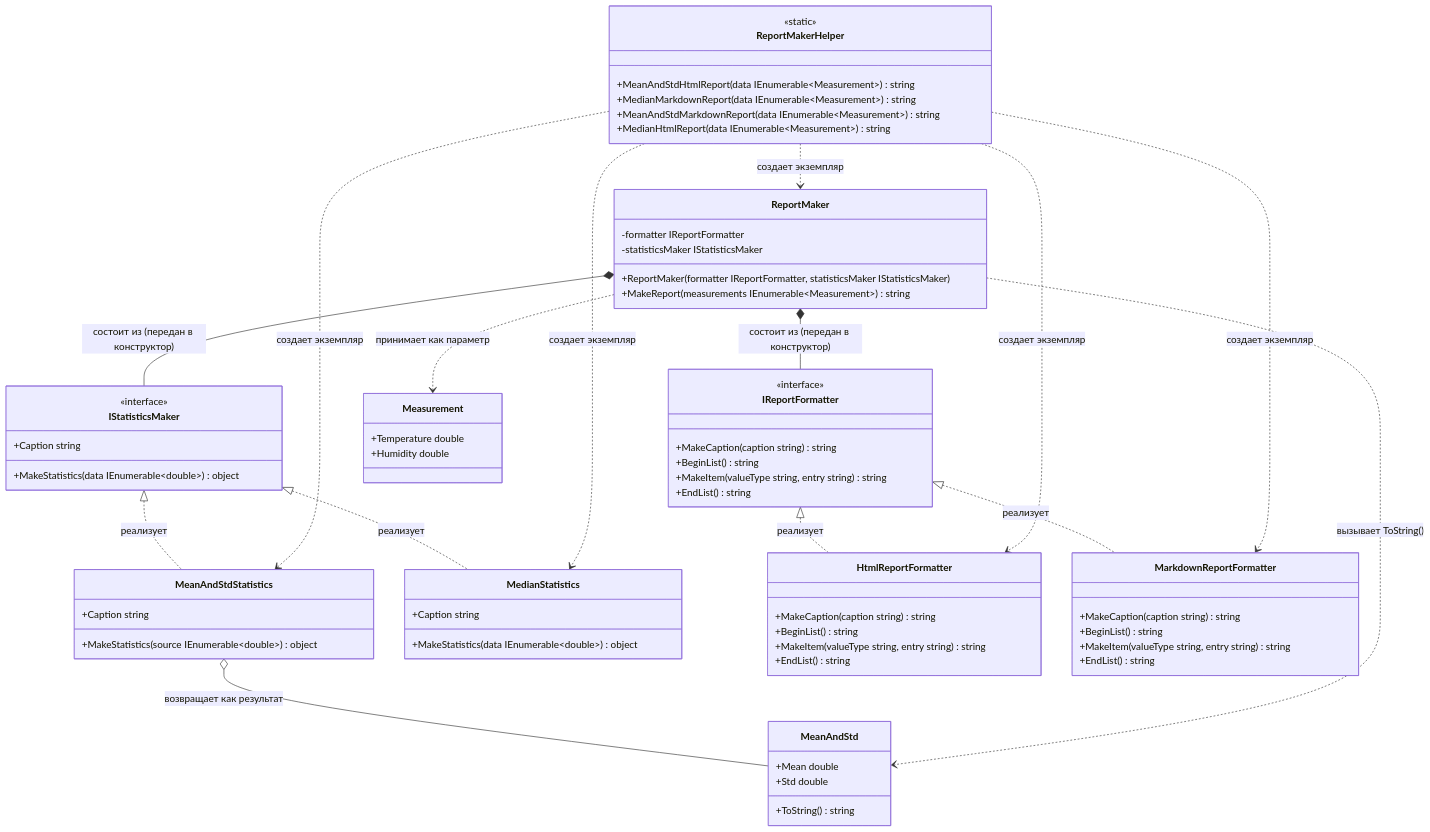
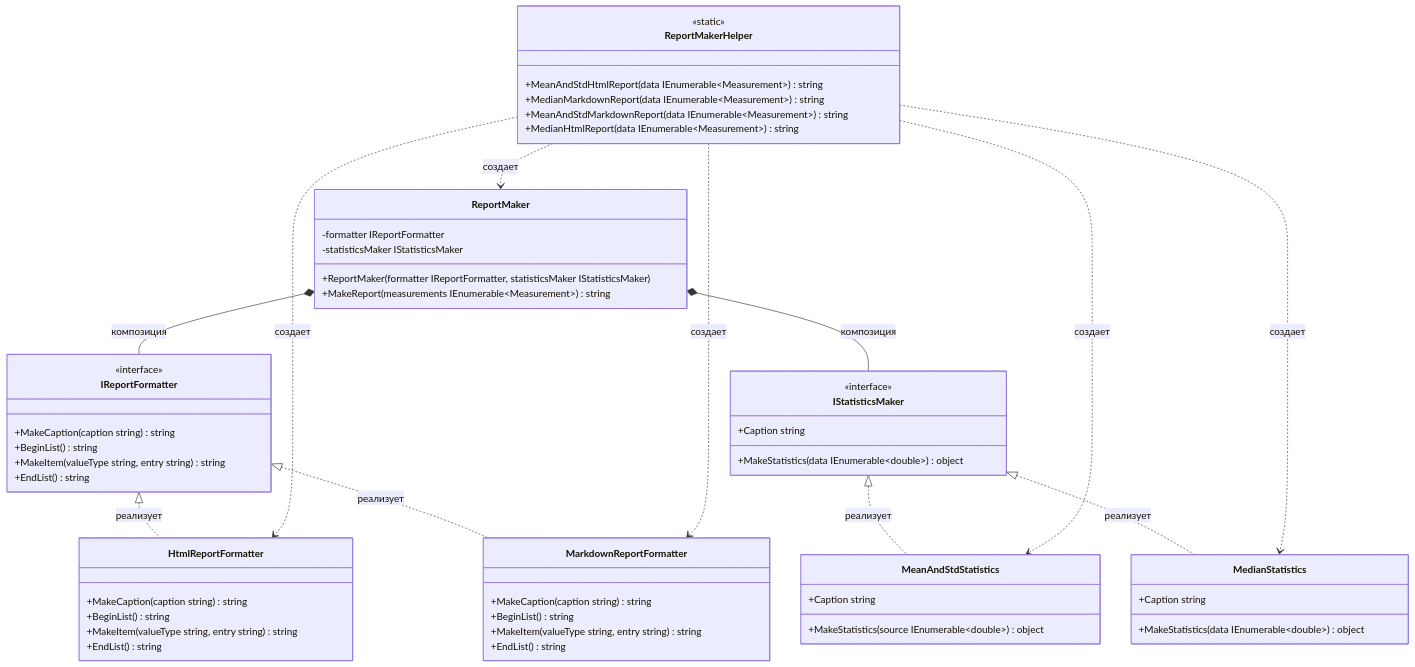
One commit to AnfisaAvdeeva/practice_ulearn_2026 changed the diagram in report_generator.md. Above: the diagram before and after it, drawn with Mermaid. The commit also changed other lines of this file, not shown here.

````diff
--- a/report_generator.md
+++ b/report_generator.md
@@ -73,17 +69,6 @@
         +MakeReport(measurements IEnumerable~Measurement~) string
     }
 
-    class Measurement {
-        +Temperature double
-        +Humidity double
-    }
-
-    class MeanAndStd {
-        +Mean double
-        +Std double
-        +ToString() string
-    }
-
     class ReportMakerHelper {
         <<static>>
         +MeanAndStdHtmlReport(data IEnumerable~Measurement~) string
@@ -97,18 +82,12 @@
     IReportFormatter <|.. HtmlReportFormatter : реализует
     IReportFormatter <|.. MarkdownReportFormatter : реализует
 
-    ReportMaker *-- IReportFormatter : состоит из (передан в конструктор)
-    ReportMaker *-- IStatisticsMaker : состоит из (передан в конструктор)
+    ReportMaker *-- IReportFormatter : композиция
+    ReportMaker *-- IStatisticsMaker : композиция
 
-
-    MeanAndStdStatistics o-- MeanAndStd : возвращает как результат
-
-    ReportMakerHelper ..> ReportMaker : создает экземпляр
-    ReportMakerHelper ..> HtmlReportFormatter : создает экземпляр
-    ReportMakerHelper ..> MarkdownReportFormatter : создает экземпляр
-    ReportMakerHelper ..> MeanAndStdStatistics : создает экземпляр
-    ReportMakerHelper ..> MedianStatistics : создает экземпляр
-
-    ReportMaker ..> Measurement : принимает как параметр
-    ReportMaker ..> MeanAndStd : вызывает ToString()
+    ReportMakerHelper ..> ReportMaker : создает
+    ReportMakerHelper ..> HtmlReportFormatter : создает
+    ReportMakerHelper ..> MarkdownReportFormatter : создает
+    ReportMakerHelper ..> MeanAndStdStatistics : создает
+    ReportMakerHelper ..> MedianStatistics : создает
 ```
````
